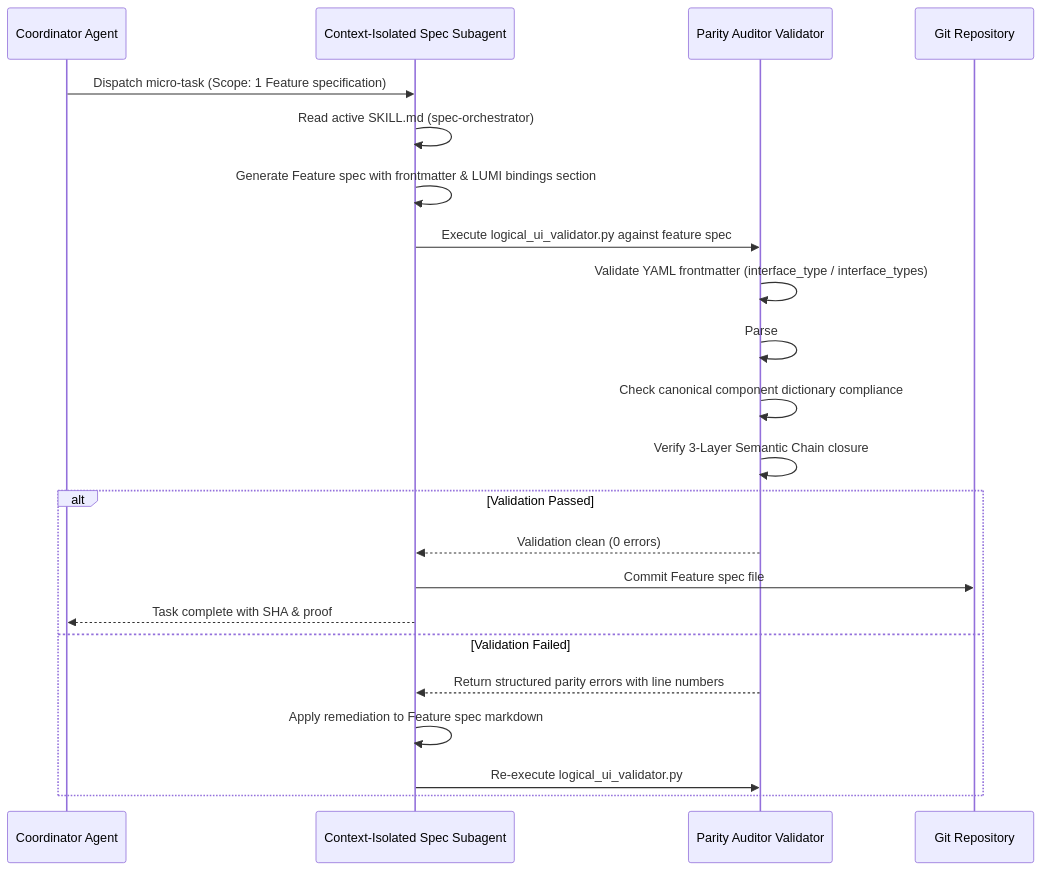
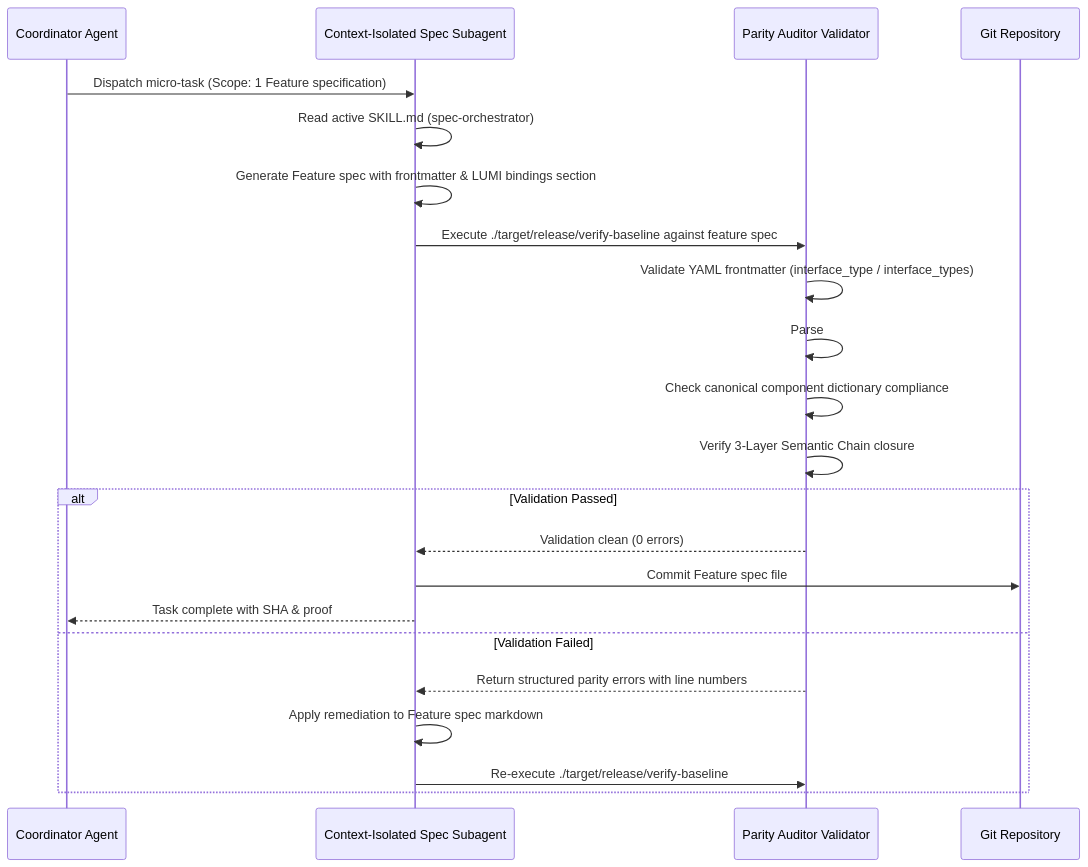
One commit to gintatkinson/DEAP01-spec-core changed the second of 2 diagrams in docs/designs/lumi-framework-blueprint.md. Above: the diagram before and after it, drawn with Mermaid. The commit also changed other lines of this file and 162 other files, not shown here.

Commit message:
feat(verify-baseline,compile-sysml,ingest-sysml,deap-core): enforce Check 36 per-item 7-section docstring gate, Check 33 zero-Python content scanner, FEAT-42 source AST ingestion and docstring synthesizer, and 12-check defect dossier validator (refs #465, #466, #467, #468, #469)

````diff
--- a/docs/designs/lumi-framework-blueprint.md
+++ b/docs/designs/lumi-framework-blueprint.md
@@ -196,25 +196,25 @@
 ```mermaid
 sequenceDiagram
     participant Coordinator as Coordinator Agent
     participant SpecWorker as Context-Isolated Spec Subagent
     participant ParityAuditor as Parity Auditor Validator
     participant Repository as Git Repository
 
     Coordinator->>SpecWorker: Dispatch micro-task (Scope: 1 Feature specification)
     SpecWorker->>SpecWorker: Read active SKILL.md (spec-orchestrator)
     SpecWorker->>SpecWorker: Generate Feature spec with frontmatter & LUMI bindings section
-    SpecWorker->>ParityAuditor: Execute logical_ui_validator.py against feature spec
+    SpecWorker->>ParityAuditor: Execute ./target/release/verify-baseline against feature spec
     ParityAuditor->>ParityAuditor: Validate YAML frontmatter (interface_type / interface_types)
     ParityAuditor->>ParityAuditor: Parse ## Logical UI & Interface Bindings via EBNF grammar
     ParityAuditor->>ParityAuditor: Check canonical component dictionary compliance
     ParityAuditor->>ParityAuditor: Verify 3-Layer Semantic Chain closure
     alt Validation Passed
         ParityAuditor-->>SpecWorker: Validation clean (0 errors)
         SpecWorker->>Repository: Commit Feature spec file
         SpecWorker-->>Coordinator: Task complete with SHA & proof
     else Validation Failed
         ParityAuditor-->>SpecWorker: Return structured parity errors with line numbers
         SpecWorker->>SpecWorker: Apply remediation to Feature spec markdown
-        SpecWorker->>ParityAuditor: Re-execute logical_ui_validator.py
+        SpecWorker->>ParityAuditor: Re-execute ./target/release/verify-baseline
     end
 ```
````
